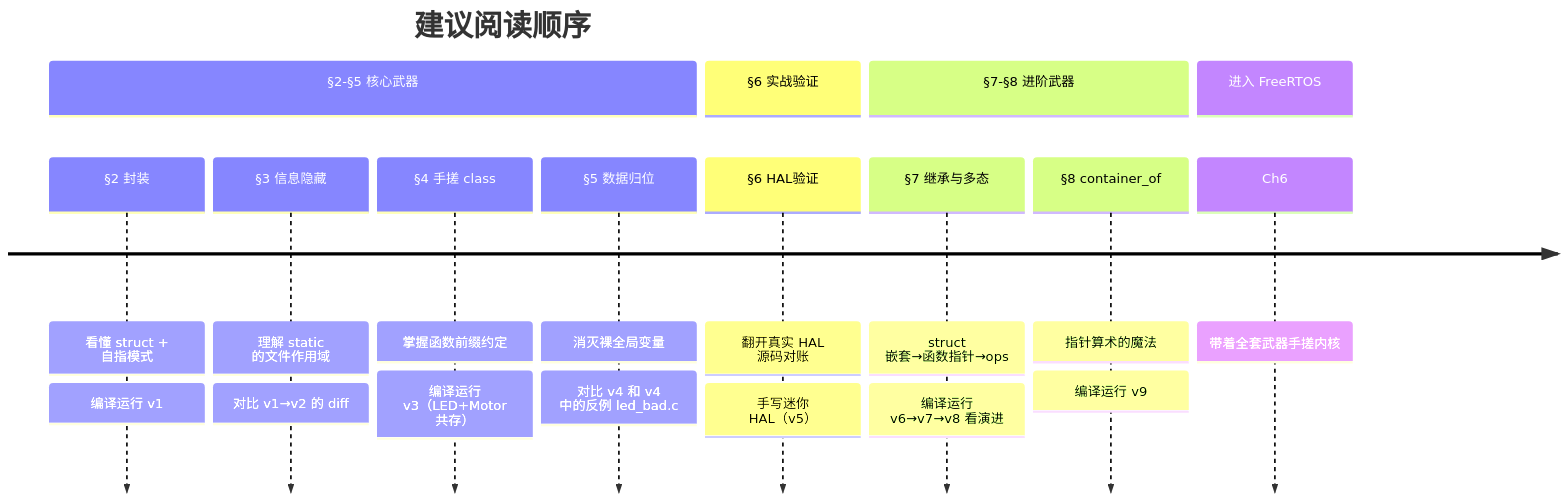
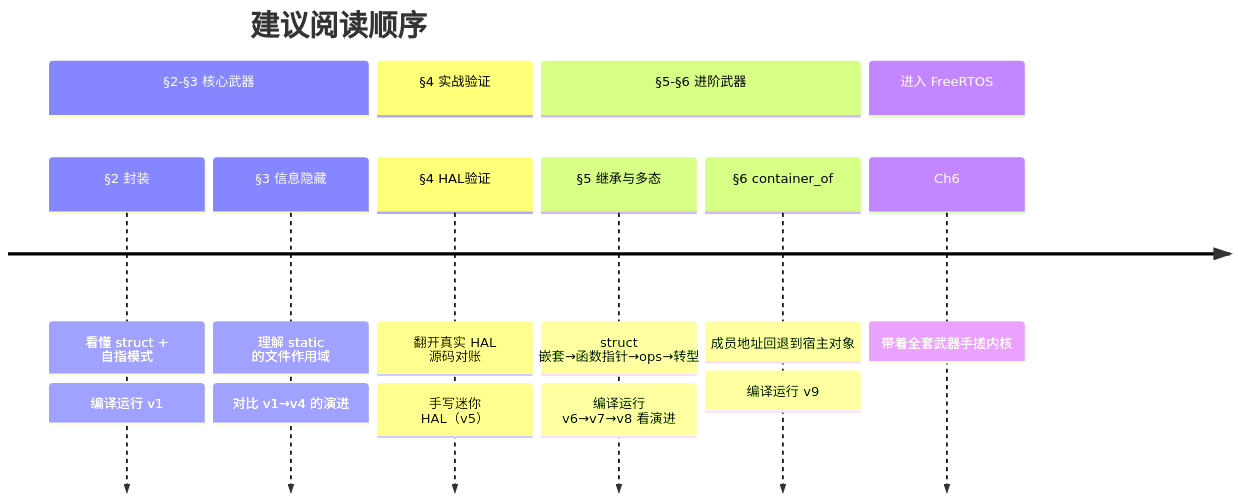
One commit to MosyuSora/STM32F4Learning changed the third of 5 diagrams in tutorials/Chapter5_C语言面向对象工程架构基础/Chapter5_C语言面向对象工程架构基础.md. Above: the diagram before and after it, drawn with Mermaid. The commit also changed other lines of this file and 29 other files, not shown here.

````diff
--- a/tutorials/Chapter5_C语言面向对象工程架构基础/Chapter5_C语言面向对象工程架构基础.md
+++ b/tutorials/Chapter5_C语言面向对象工程架构基础/Chapter5_C语言面向对象工程架构基础.md
@@ -173,23 +168,19 @@
 ```mermaid
 timeline
     title 建议阅读顺序
-    section §2-§5 核心武器
+    section §2-§3 核心武器
         §2 封装 : 看懂 struct + 自指模式
               : 编译运行 v1
         §3 信息隐藏 : 理解 static 的文件作用域
-              : 对比 v1→v2 的 diff
-        §4 手搓 class : 掌握函数前缀约定
-              : 编译运行 v3（LED+Motor 共存）
-        §5 数据归位 : 消灭裸全局变量
-              : 对比 v4 和 v4 中的反例 led_bad.c
-    section §6 实战验证
-        §6 HAL验证 : 翻开真实 HAL 源码对账
+              : 对比 v1→v4 的演进
+    section §4 实战验证
+        §4 HAL验证 : 翻开真实 HAL 源码对账
               : 手写迷你 HAL（v5）
-    section §7-§8 进阶武器
-        §7 继承与多态 : struct 嵌套→函数指针→ops
+    section §5-§6 进阶武器
+        §5 继承与多态 : struct 嵌套→函数指针→ops→转型
               : 编译运行 v6→v7→v8 看演进
-        §8 container_of : 指针算术的魔法
+        §6 container_of : 成员地址回退到宿主对象
               : 编译运行 v9
     section 进入 FreeRTOS
         Ch6 : 带着全套武器手搓内核
 ```
````
